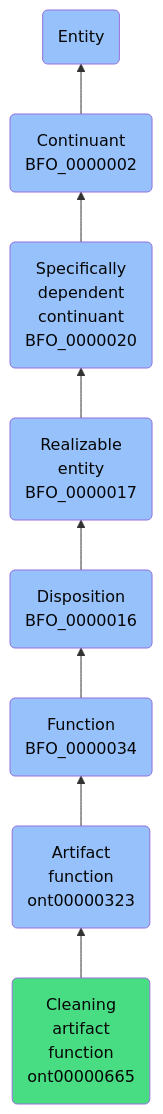
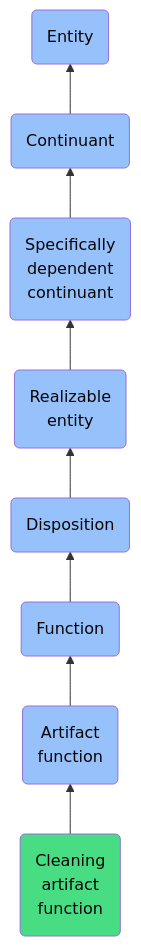
Before and after one commit to jupyter-naas/abi: the diagram in docs/ontology/reference/model/Entity/Continuant/Specifically dependent continuant/Realizable entity/Disposition/Function/Artifact function/Cleaning artifact function/Cleaning artifact function.md, drawn with Mermaid. The commit also changed other lines of this file and 1430 other files, not shown here.

````diff
--- a/docs/ontology/reference/model/Entity/Continuant/Specifically dependent continuant/Realizable entity/Disposition/Function/Artifact function/Cleaning artifact function/Cleaning artifact function.md
+++ b/docs/ontology/reference/model/Entity/Continuant/Specifically dependent continuant/Realizable entity/Disposition/Function/Artifact function/Cleaning artifact function/Cleaning artifact function.md
@@ -24,15 +24,15 @@
 ```mermaid
 graph BT
-    ont00000665(Cleaning<br>artifact<br>function<br>ont00000665):::ABI-->ont00000323
-    ont00000323(Artifact<br>function<br>ont00000323):::BFO-->BFO_0000034
-    BFO_0000034(Function<br>BFO_0000034):::BFO-->BFO_0000016
-    BFO_0000016(Disposition<br>BFO_0000016):::BFO-->BFO_0000017
-    BFO_0000017(Realizable<br>entity<br>BFO_0000017):::BFO-->BFO_0000020
-    BFO_0000020(Specifically<br>dependent<br>continuant<br>BFO_0000020):::BFO-->BFO_0000002
-    BFO_0000002(Continuant<br>BFO_0000002):::BFO-->BFO_0000001
+    ont00000665(Cleaning<br>artifact<br>function):::ABI-->ont00000323
+    ont00000323(Artifact<br>function):::BFO-->BFO_0000034
+    BFO_0000034(Function):::BFO-->BFO_0000016
+    BFO_0000016(Disposition):::BFO-->BFO_0000017
+    BFO_0000017(Realizable<br>entity):::BFO-->BFO_0000020
+    BFO_0000020(Specifically<br>dependent<br>continuant):::BFO-->BFO_0000002
+    BFO_0000002(Continuant):::BFO-->BFO_0000001
     BFO_0000001(Entity):::BFO
     
     classDef BFO fill:#97c1fb,color:#060606
     classDef CCO fill:#e4c51e,color:#060606
     classDef ABI fill:#48DD82,color:#060606
 ```
````
